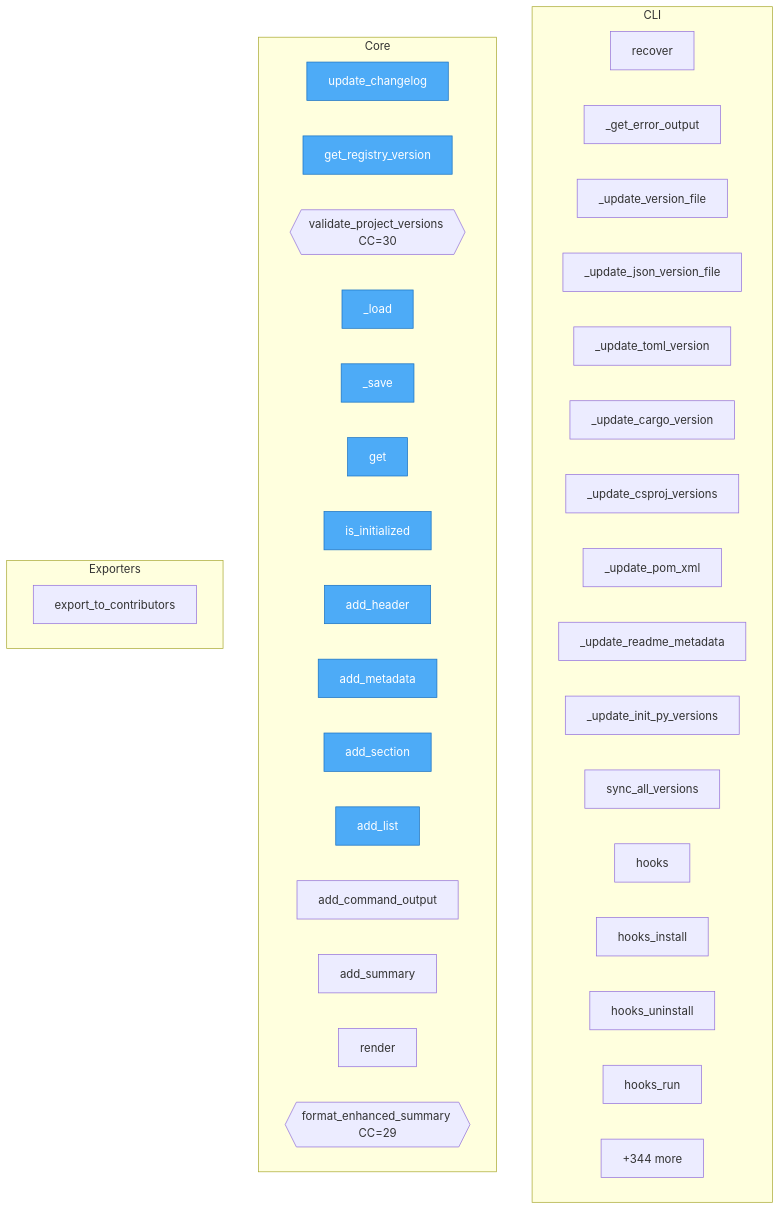
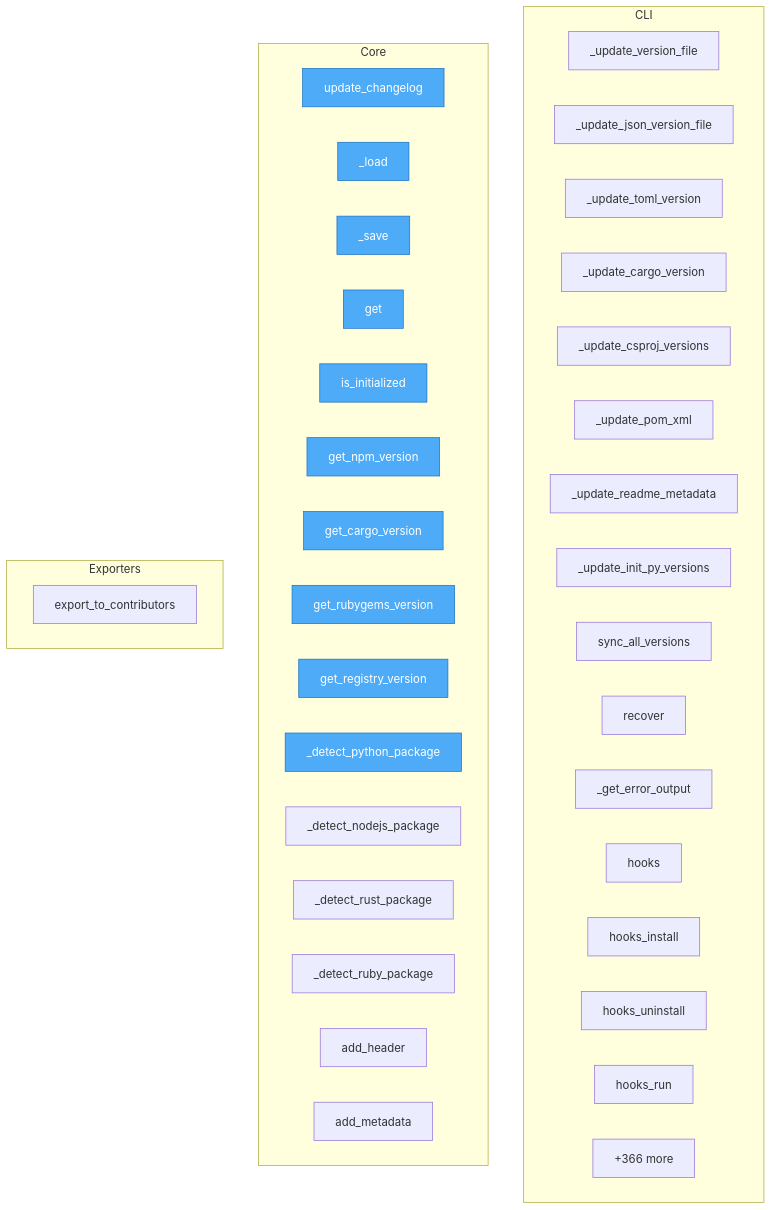
The diagram in project/flow.mmd (semcod/goal), drawn with Mermaid before and after one commit. The commit also changed 55 other files, not shown here.

```diff
--- a/project/flow.mmd
+++ b/project/flow.mmd
@@ -1,48 +1,48 @@
 flowchart TD
 
     %% Entry points (blue)
     classDef entry fill:#4dabf7,stroke:#1971c2,color:#fff
 
     subgraph CLI
-        goal__cli__recover_cmd__recover["recover"]
-        goal__cli__recover_cmd___get_error_output["_get_error_output"]
         goal__cli__version_sync___update_version_file["_update_version_file"]
         goal__cli__version_sync___update_json_version_file["_update_json_version_file"]
         goal__cli__version_sync___update_toml_version["_update_toml_version"]
         goal__cli__version_sync___update_cargo_version["_update_cargo_version"]
         goal__cli__version_sync___update_csproj_versions["_update_csproj_versions"]
         goal__cli__version_sync___update_pom_xml["_update_pom_xml"]
         goal__cli__version_sync___update_readme_metadata["_update_readme_metadata"]
         goal__cli__version_sync___update_init_py_versions["_update_init_py_versions"]
         goal__cli__version_sync__sync_all_versions["sync_all_versions"]
+        goal__cli__recover_cmd__recover["recover"]
+        goal__cli__recover_cmd___get_error_output["_get_error_output"]
         goal__cli__hooks_cmd__hooks["hooks"]
         goal__cli__hooks_cmd__hooks_install["hooks_install"]
         goal__cli__hooks_cmd__hooks_uninstall["hooks_uninstall"]
         goal__cli__hooks_cmd__hooks_run["hooks_run"]
-        ...["+83 more"]
+        ...["+87 more"]
     end
 
     subgraph Core
         goal__changelog__update_changelog["update_changelog"]
-        goal__version_validation__get_registry_version["get_registry_version"]
-        goal__version_validation__validate_project_versions{{validate_project_versions CC=30}}
         goal__user_config__UserConfig___load["_load"]
         goal__user_config__UserConfig___save["_save"]
         goal__user_config__UserConfig__get["get"]
         goal__user_config__UserConfig__is_initialized["is_initialized"]
+        goal__version_validation__get_npm_version["get_npm_version"]
+        goal__version_validation__get_cargo_version["get_cargo_version"]
+        goal__version_validation__get_rubygems_version["get_rubygems_version"]
+        goal__version_validation__get_registry_version["get_registry_version"]
+        goal__version_validation___detect_python_package["_detect_python_package"]
+        goal__version_validation___detect_nodejs_package["_detect_nodejs_package"]
+        goal__version_validation___detect_rust_package["_detect_rust_package"]
+        goal__version_validation___detect_ruby_package["_detect_ruby_package"]
         goal__formatter__MarkdownFormatter__add_header["add_header"]
         goal__formatter__MarkdownFormatter__add_metadata["add_metadata"]
-        goal__formatter__MarkdownFormatter__add_section["add_section"]
-        goal__formatter__MarkdownFormatter__add_list["add_list"]
-        goal__formatter__MarkdownFormatter__add_command_output["add_command_output"]
-        goal__formatter__MarkdownFormatter__add_summary["add_summary"]
-        goal__formatter__MarkdownFormatter__render["render"]
-        goal__formatter__format_enhanced_summary{{format_enhanced_summary CC=29}}
-        ...["+344 more"]
+        ...["+366 more"]
     end
 
     subgraph Exporters
         goal__authors__manager__AuthorsManager__export_to_contributors["export_to_contributors"]
     end
 
-    class goal__changelog__update_changelog,goal__version_validation__get_registry_version,goal__user_config__UserConfig___load,goal__user_config__UserConfig___save,goal__user_config__UserConfig__get,goal__user_config__UserConfig__is_initialized,goal__formatter__MarkdownFormatter__add_header,goal__formatter__MarkdownFormatter__add_metadata,goal__formatter__MarkdownFormatter__add_section,goal__formatter__MarkdownFormatter__add_list entry
+    class goal__changelog__update_changelog,goal__user_config__UserConfig___load,goal__user_config__UserConfig___save,goal__user_config__UserConfig__get,goal__user_config__UserConfig__is_initialized,goal__version_validation__get_npm_version,goal__version_validation__get_cargo_version,goal__version_validation__get_rubygems_version,goal__version_validation__get_registry_version,goal__version_validation___detect_python_package entry
```
